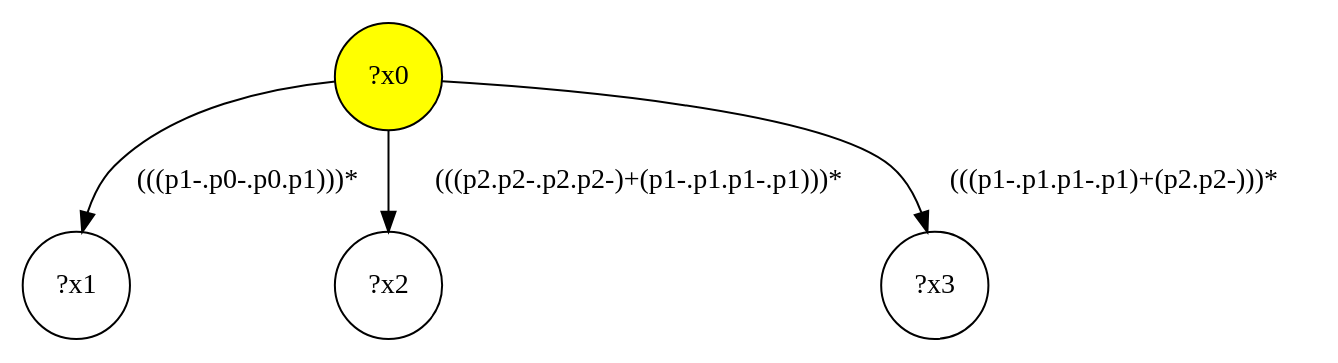
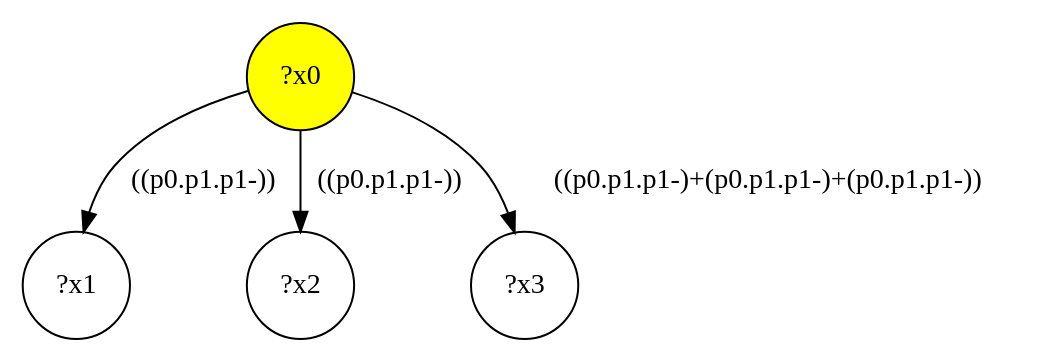
Before and after one commit to gbagan/gmark: the diagram in src/queryinterface/interface-queries/query-27.dot, drawn with Graphviz. The commit also changed 153 other files, not shown here.

```diff
--- a/src/queryinterface/interface-queries/query-27.dot
+++ b/src/queryinterface/interface-queries/query-27.dot
@@ -1,9 +1,9 @@
 digraph g {
 	x0 [fillcolor="yellow", style="filled," shape=circle, label="?x0"];
 	x1 [shape=circle, label="?x1"];
-	x0 -> x1 [label="(((p1-.p0-.p0.p1)))*"];
+	x0 -> x1 [label="((p0.p1.p1-))"];
 	x2 [shape=circle, label="?x2"];
-	x0 -> x2 [label="(((p2.p2-.p2.p2-)+(p1-.p1.p1-.p1)))*"];
+	x0 -> x2 [label="((p0.p1.p1-))"];
 	x3 [shape=circle, label="?x3"];
-	x0 -> x3 [label="(((p1-.p1.p1-.p1)+(p2.p2-)))*"];
+	x0 -> x3 [label="((p0.p1.p1-)+(p0.p1.p1-)+(p0.p1.p1-))"];
 }
```
